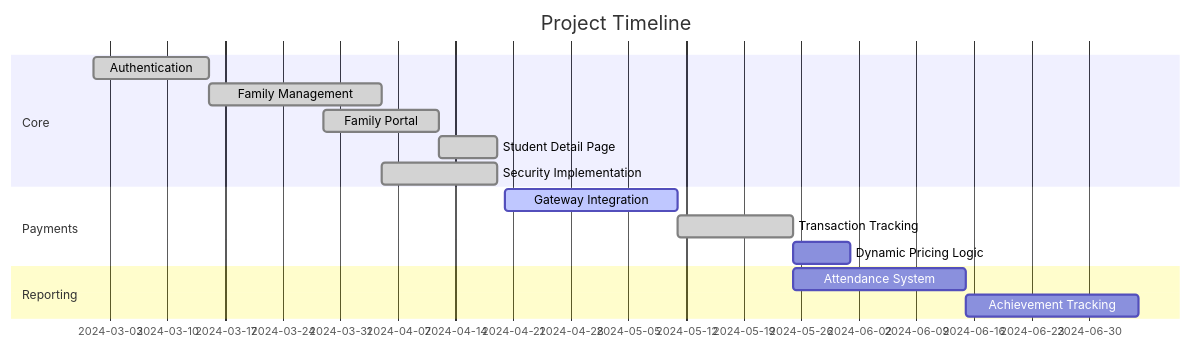
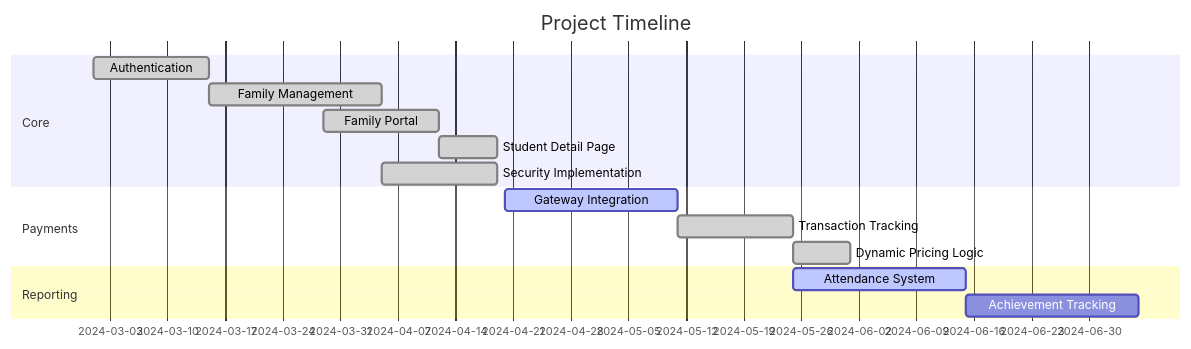
The diagram in README.md (snusnumrick/karate), drawn with Mermaid before and after one commit. The commit also changed 3 other files, not shown here.

````diff
--- a/README.md
+++ b/README.md
@@ -139,18 +139,18 @@
 ```mermaid
 gantt
     title Project Timeline
     dateFormat  YYYY-MM-DD
     section Core
     Authentication          :done,    auth, 2024-03-01, 14d
     Family Management       :done,    family, 2024-03-15, 21d
     Family Portal           :done,    portal, 2024-03-29, 14d
     Student Detail Page     :done,    student, after portal, 7d
     Security Implementation :done,    sec, 2024-04-05, 14d     
     section Payments
     Gateway Integration     :active,  pay, 2024-04-20, 21d
     Transaction Tracking    :done,    pay_track, after pay, 14d
-    Dynamic Pricing Logic   :         pay_dynamic, after pay_track, 7d
+    Dynamic Pricing Logic   :done,    pay_dynamic, after pay_track, 7d
     section Reporting
-    Attendance System       :         attend, 2024-05-25, 21d
+    Attendance System       :active,  attend, 2024-05-25, 21d
     Achievement Tracking    :         achieve, 2024-06-15, 21d
 ```
````
